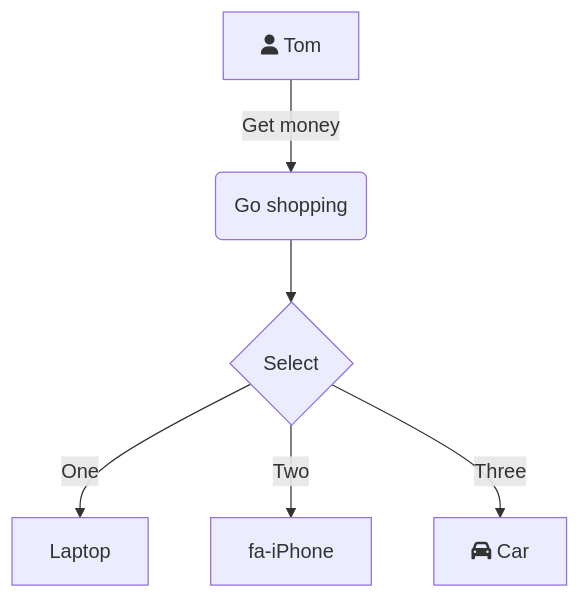
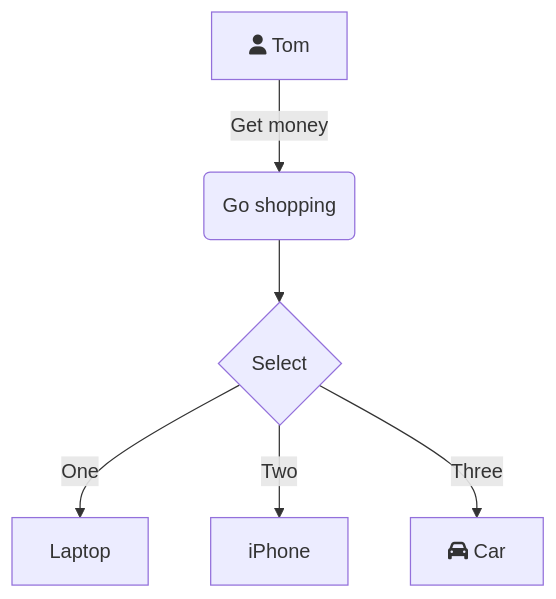
Before and after one commit to Jason-Wang0713/iodraw-files: the diagram in all/未命名.md, drawn with Mermaid.

Commit message:
2026-01-29 18:46:35 update

````diff
--- a/all/未命名.md
+++ b/all/未命名.md
@@ -1,9 +1,12 @@
 ```mermaid
 graph TD
     A[fa:fa-user Tom] -->|Get money| B(Go shopping)
     B --> C{Select}
     C -->|One| D[Laptop]
-    C -->|Two| E[fa-iPhone]
+    C -->|Two| E[iPhone]
     C -->|Three| F[fa:fa-car Car]
   
+
+
+  
 ```
````
